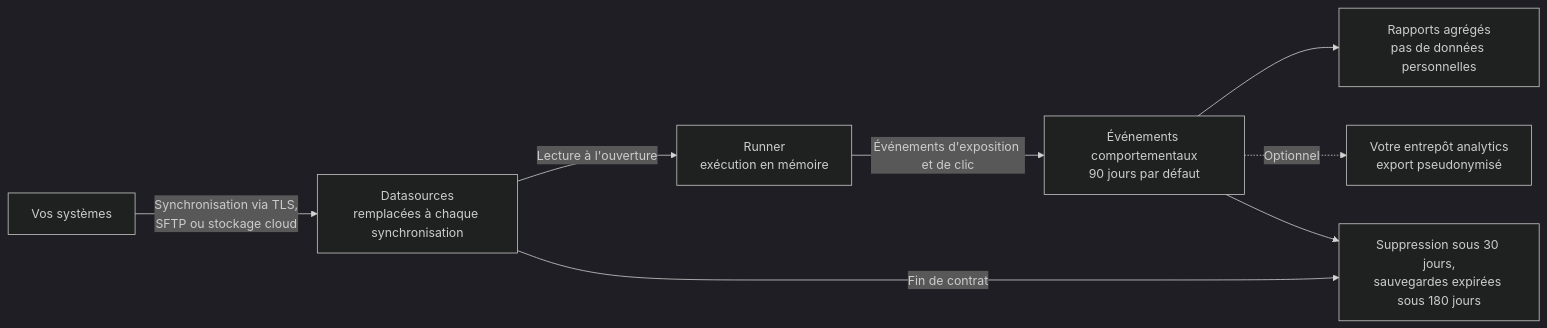
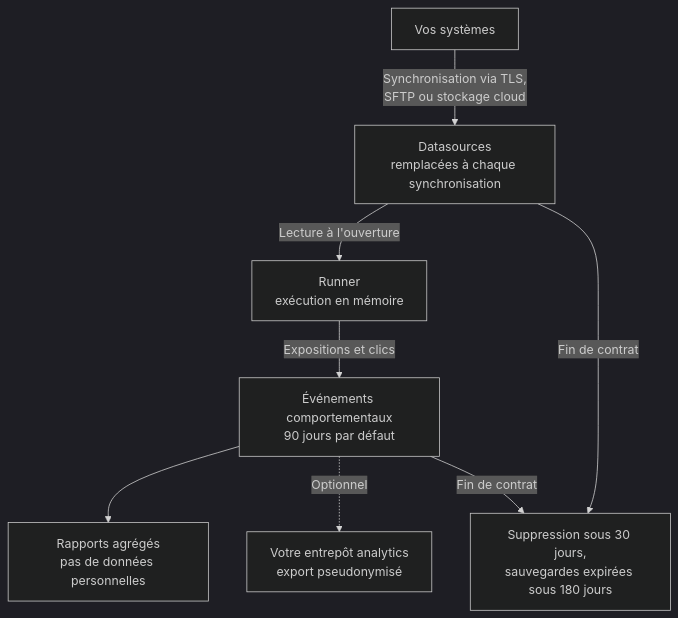
Before and after one commit to reelevant-tech/product-documentation: the diagram in fr/why-reelevant/data-protection/processing-details.mdx, drawn with Mermaid (dark theme). The commit also changed 3 other files, not shown here.

Commit message:
docs(why-reelevant): make DPO diagrams vertical and shorten labels for readability

````diff
--- a/fr/why-reelevant/data-protection/processing-details.mdx
+++ b/fr/why-reelevant/data-protection/processing-details.mdx
@@ -11,10 +11,9 @@
 ```mermaid
-flowchart LR
+flowchart TB
     SRC["Vos systèmes"] -->|"Synchronisation via TLS,<br/>SFTP ou stockage cloud"| DS["Datasources<br/>remplacées à chaque synchronisation"]
     DS -->|"Lecture à l'ouverture"| RUN["Runner<br/>exécution en mémoire"]
-    RUN -->|"Événements d'exposition et de clic"| EV["Événements comportementaux<br/>90 jours par défaut"]
+    RUN -->|"Expositions et clics"| EV["Événements comportementaux<br/>90 jours par défaut"]
     EV --> AGG["Rapports agrégés<br/>pas de données personnelles"]
     EV -.->|"Optionnel"| WH["Votre entrepôt analytics<br/>export pseudonymisé"]
-    DS -->|"Fin de contrat"| DEL["Suppression sous 30 jours,<br/>sauvegardes expirées sous 180 jours"]
-    EV --> DEL
+    DS & EV -->|"Fin de contrat"| DEL["Suppression sous 30 jours,<br/>sauvegardes expirées sous 180 jours"]
 ```
````
